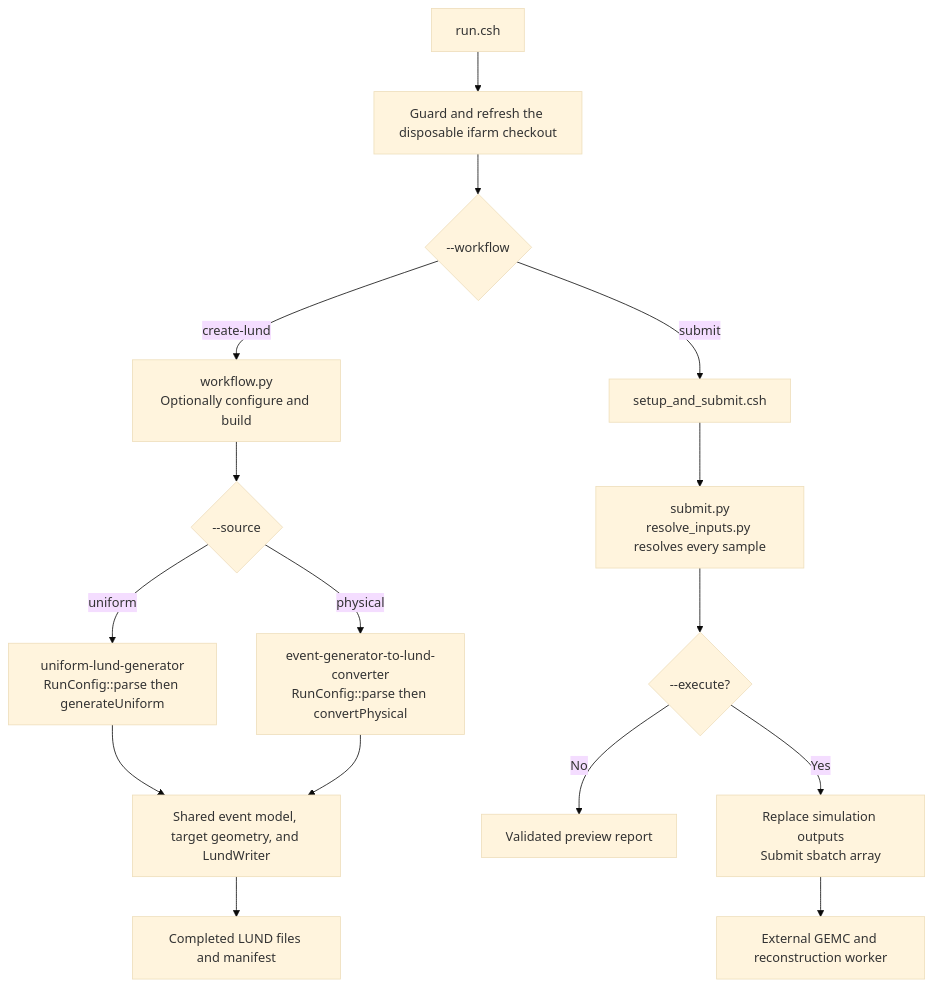
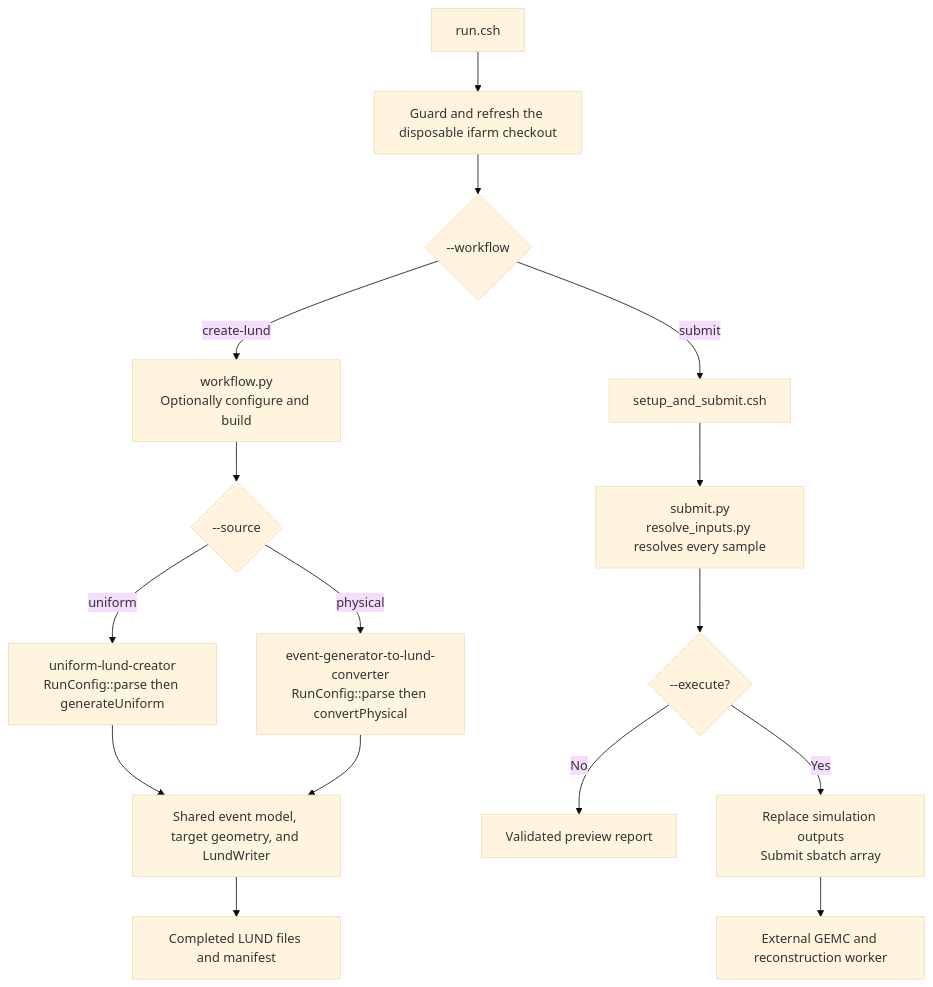
Before and after one commit to alons126/CLAS12-sample-generator: the diagram in docs/concepts/architecture.md, drawn with Mermaid (base theme). The commit also changed other lines of this file and 21 other files, not shown here.

Commit message:
Rename uniform LUND executable as creator

````diff
--- a/docs/concepts/architecture.md
+++ b/docs/concepts/architecture.md
@@ -43,20 +43,20 @@
 ```mermaid
 flowchart TB
     R["run.csh"] --> G["Guard and refresh the disposable ifarm checkout"]
     G --> W{"--workflow"}
 
     W -->|create-lund| L["workflow.py<br/>Optionally configure and build"]
     L --> S{"--source"}
-    S -->|uniform| U["uniform-lund-generator<br/>RunConfig::parse then generateUniform"]
+    S -->|uniform| U["uniform-lund-creator<br/>RunConfig::parse then generateUniform"]
     S -->|physical| P["event-generator-to-lund-converter<br/>RunConfig::parse then convertPhysical"]
     U --> LW["Shared event model, target geometry, and LundWriter"]
     P --> LW
     LW --> F["Completed LUND files and manifest"]
 
     W -->|submit| C["setup_and_submit.csh"]
     C --> PY["submit.py<br/>resolve_inputs.py resolves every sample"]
     PY --> X{"--execute?"}
     X -->|No| V["Validated preview report"]
     X -->|Yes| A["Replace simulation outputs<br/>Submit sbatch array"]
     A --> J["External GEMC and reconstruction worker"]
 ```
````
